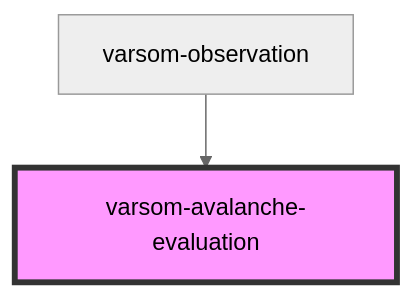
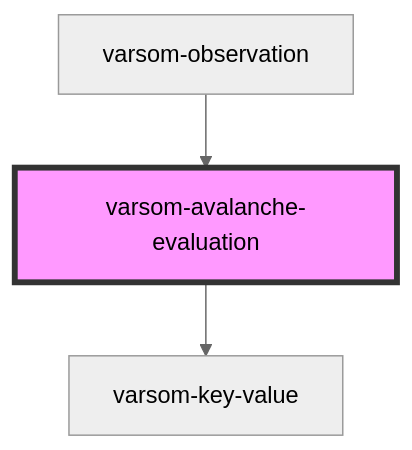
One commit to NVE/varsom-observation changed the diagram in observasjonskort/src/components/varsom-avalanche-evaluation/readme.md. Above: the diagram before and after it, drawn with Mermaid (neutral theme). The commit also changed other lines of this file and 3 other files, not shown here.

Commit message:
avalanche evaluation component refacored and added story

````diff
--- a/observasjonskort/src/components/varsom-avalanche-evaluation/readme.md
+++ b/observasjonskort/src/components/varsom-avalanche-evaluation/readme.md
@@ -38,5 +42,6 @@
 ```mermaid
 graph TD;
+  varsom-avalanche-evaluation --> varsom-key-value
   varsom-observation --> varsom-avalanche-evaluation
   style varsom-avalanche-evaluation fill:#f9f,stroke:#333,stroke-width:4px
 ```
````
